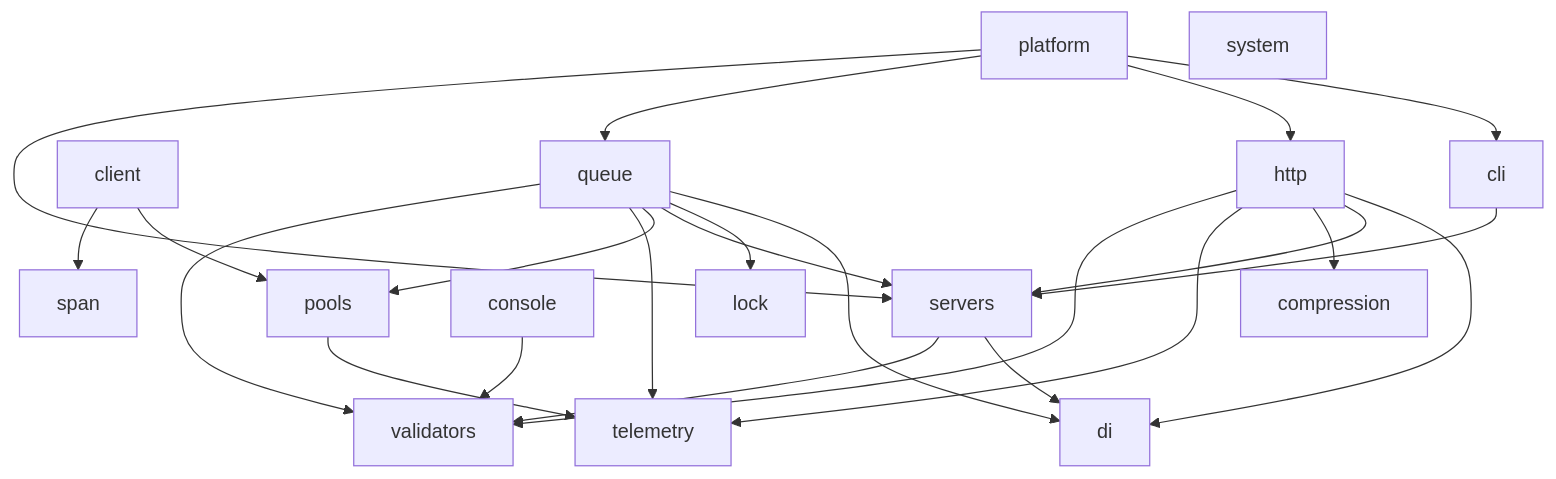
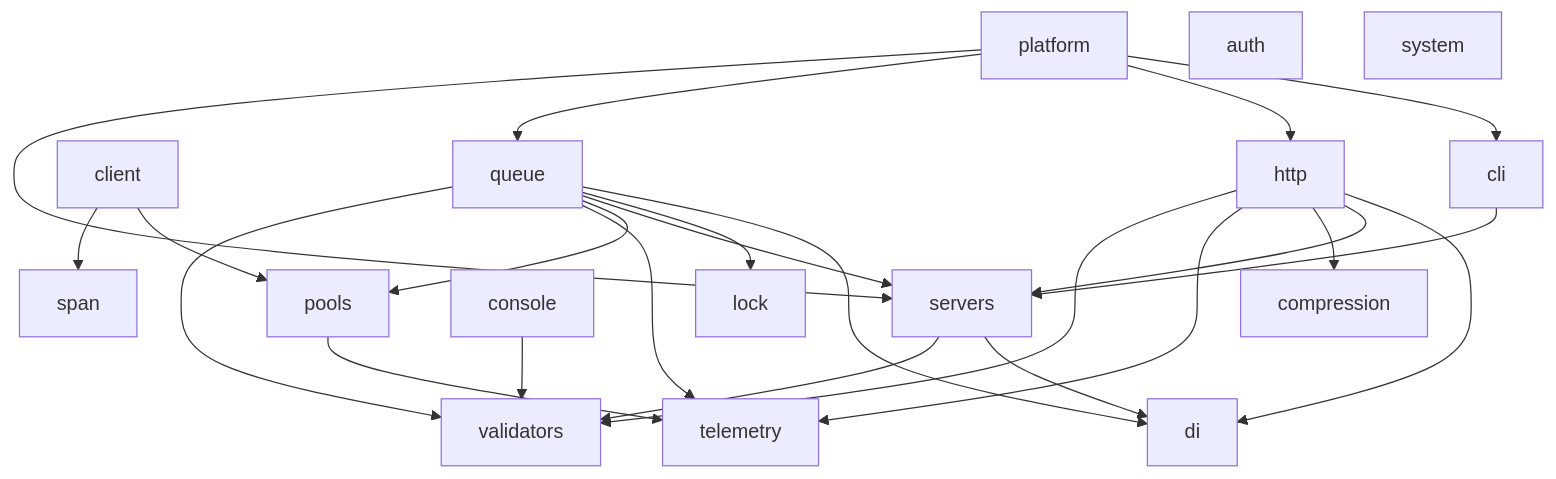
Before and after one commit to utopia-php/monorepo: the diagram in README.md, drawn with Mermaid. The commit also changed 34 other files, not shown here.

````diff
--- a/README.md
+++ b/README.md
@@ -46,26 +46,27 @@
 ```mermaid
 graph TD
     cli --> servers
     client --> pools
     client --> span
     console --> validators
     http --> di
     http --> servers
     http --> compression
     http --> telemetry
     http --> validators
     platform --> cli
     platform --> http
     platform --> queue
     platform --> servers
     pools --> telemetry
     queue --> di
     queue --> lock
     queue --> servers
     queue --> pools
     queue --> telemetry
     queue --> validators
     servers --> di
     servers --> validators
+    auth
     system
 ```
````
